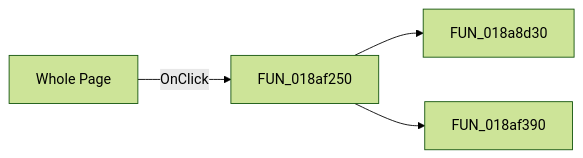
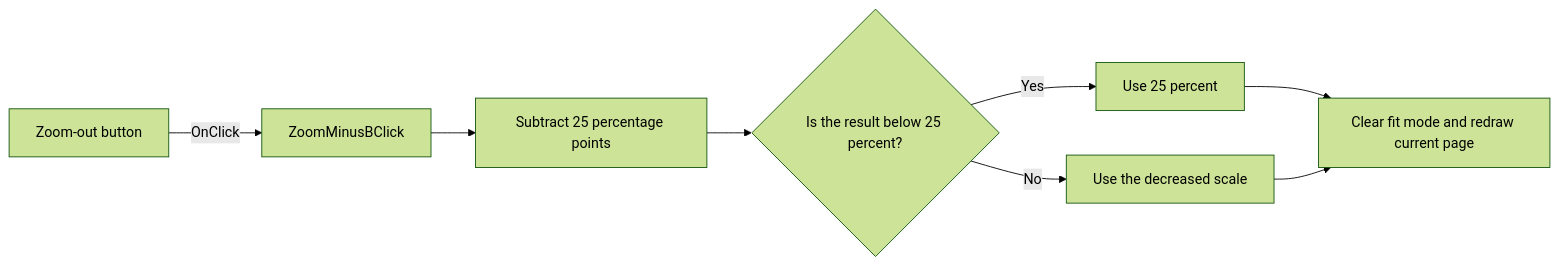
The diagram in docs/ui-controls/frxpreviewform/zoomminusb-a64a7bc2e1.md (MovGP0/TIARA), drawn with Mermaid (forest theme) before and after one commit. The commit also changed other lines of this file and 387 other files, not shown here.

````diff
--- a/docs/ui-controls/frxpreviewform/zoomminusb-a64a7bc2e1.md
+++ b/docs/ui-controls/frxpreviewform/zoomminusb-a64a7bc2e1.md
@@ -27,6 +27,10 @@
 ```mermaid
 flowchart LR
-    control["Whole Page"] -->|OnClick| handler["FUN_018af250"]
-    handler --> call1["FUN_018a8d30"]
-    handler --> call2["FUN_018af390"]
+    control["Zoom-out button"] -->|OnClick| handler["ZoomMinusBClick"]
+    handler --> decrease["Subtract 25 percentage points"]
+    decrease --> clamp{"Is the result below 25 percent?"}
+    clamp -->|Yes| minimum["Use 25 percent"]
+    clamp -->|No| apply["Use the decreased scale"]
+    minimum --> redraw["Clear fit mode and redraw current page"]
+    apply --> redraw
 ```
````
